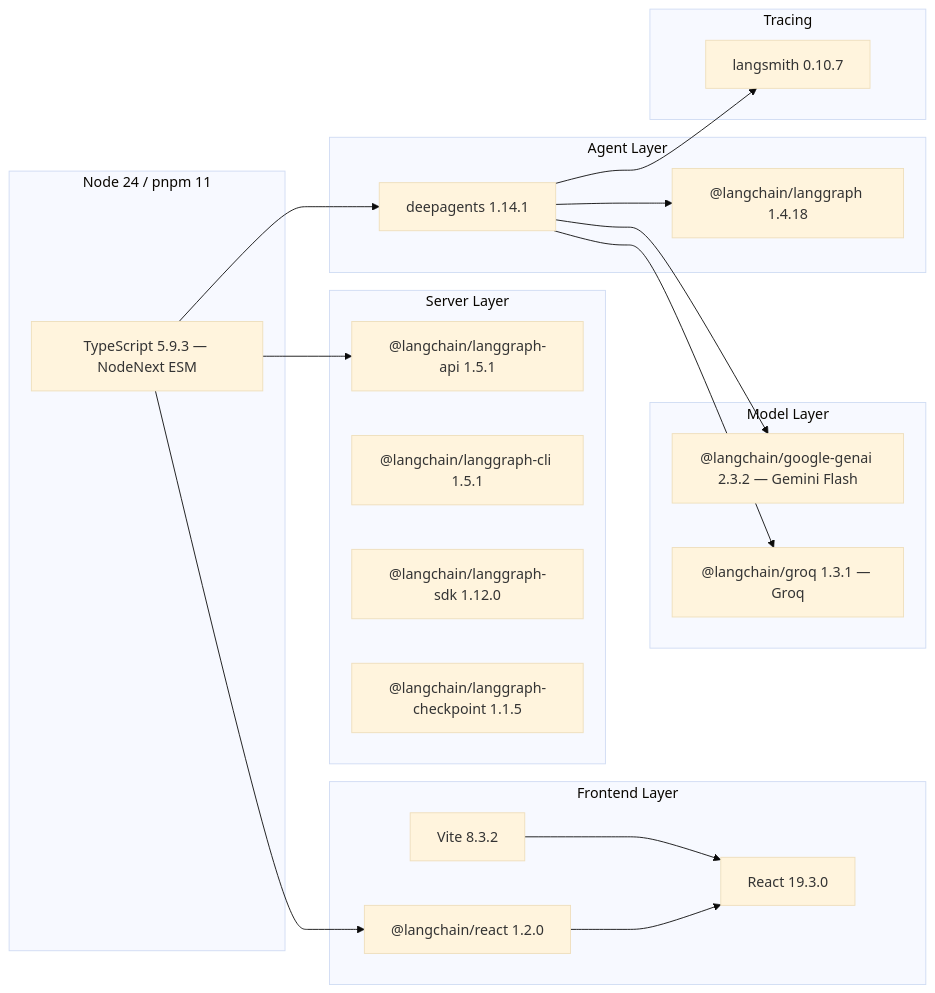
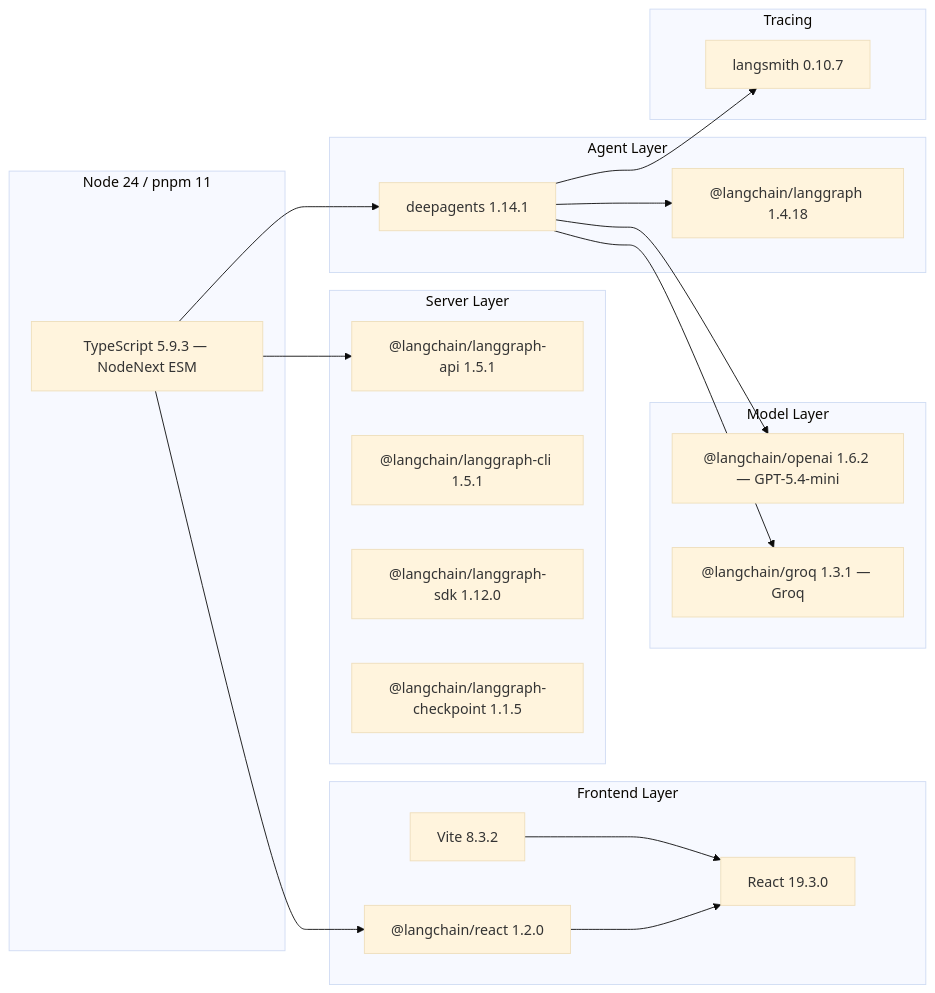
The second of 3 diagrams in docs/diagrams/01-high-level-architecture.md (nhatduong-agilityio/deep-agents), drawn with Mermaid (base theme) before and after one commit. The commit also changed other lines of this file and 21 other files, not shown here.

Commit message:
docs: update READMEs and diagrams for OpenAI migration and T-DA-04 results

````diff
--- a/docs/diagrams/01-high-level-architecture.md
+++ b/docs/diagrams/01-high-level-architecture.md
@@ -59,43 +59,43 @@
 ```mermaid
 graph LR
     subgraph Node["Node 24 / pnpm 11"]
         TS["TypeScript 5.9.3 — NodeNext ESM"]
     end
 
     subgraph AgentLayer["Agent Layer"]
         DA["deepagents 1.14.1"]
         LG["@langchain/langgraph 1.4.18"]
         DA --> LG
     end
 
     subgraph ModelLayer["Model Layer"]
-        GG["@langchain/google-genai 2.3.2 — Gemini Flash"]
+        OA["@langchain/openai 1.6.2 — GPT-5.4-mini"]
         GR["@langchain/groq 1.3.1 — Groq"]
     end
 
     subgraph ServerLayer["Server Layer"]
         API["@langchain/langgraph-api 1.5.1"]
         CLI["@langchain/langgraph-cli 1.5.1"]
         SDK["@langchain/langgraph-sdk 1.12.0"]
         CHK["@langchain/langgraph-checkpoint 1.1.5"]
     end
 
     subgraph FELayer["Frontend Layer"]
         RC["@langchain/react 1.2.0"]
         Vite["Vite 8.3.2"]
         R19["React 19.3.0"]
         RC --> R19
         Vite --> R19
     end
 
     subgraph TraceLayer["Tracing"]
         SM["langsmith 0.10.7"]
     end
 
     TS --> DA
     TS --> API
     TS --> RC
-    DA --> GG
+    DA --> OA
     DA --> GR
     DA --> SM
 ```
````
